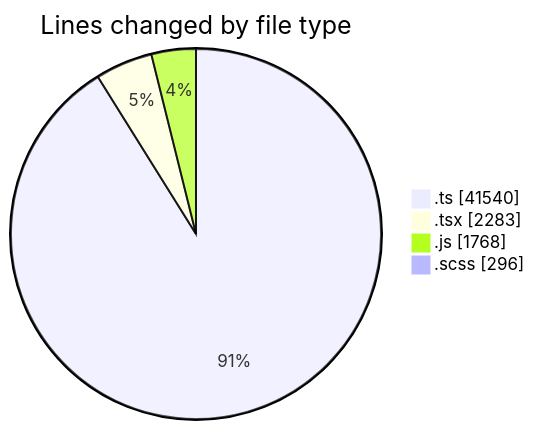
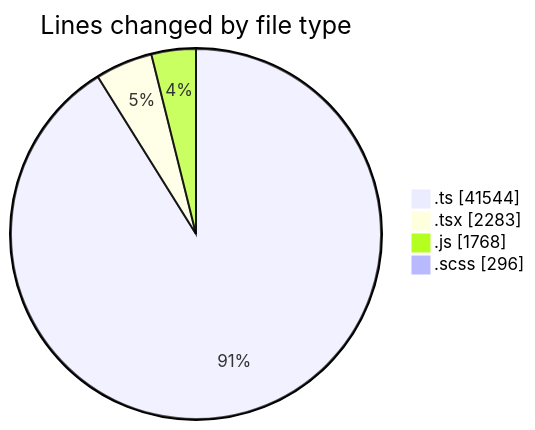
Before and after one commit to momahboobian/code-tracking: the first of 2 diagrams in 2025-06-23/cda/README.md, drawn with Mermaid. The commit also changed other lines of this file and 1 other file, not shown here.

````diff
--- a/2025-06-23/cda/README.md
+++ b/2025-06-23/cda/README.md
@@ -39,8 +39,8 @@
 ```mermaid
 pie showData
 title Lines changed by file type
-".ts" : 41540
+".ts" : 41544
 ".tsx" : 2283
 ".js" : 1768
 ".scss" : 296
 ```
````
